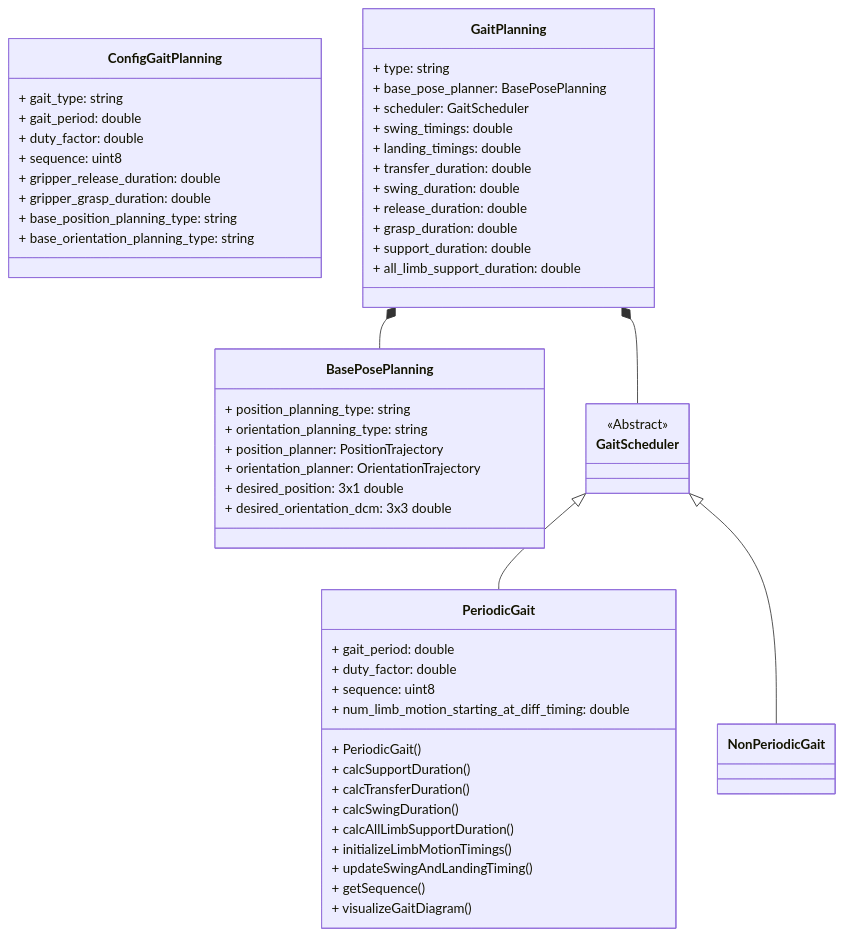
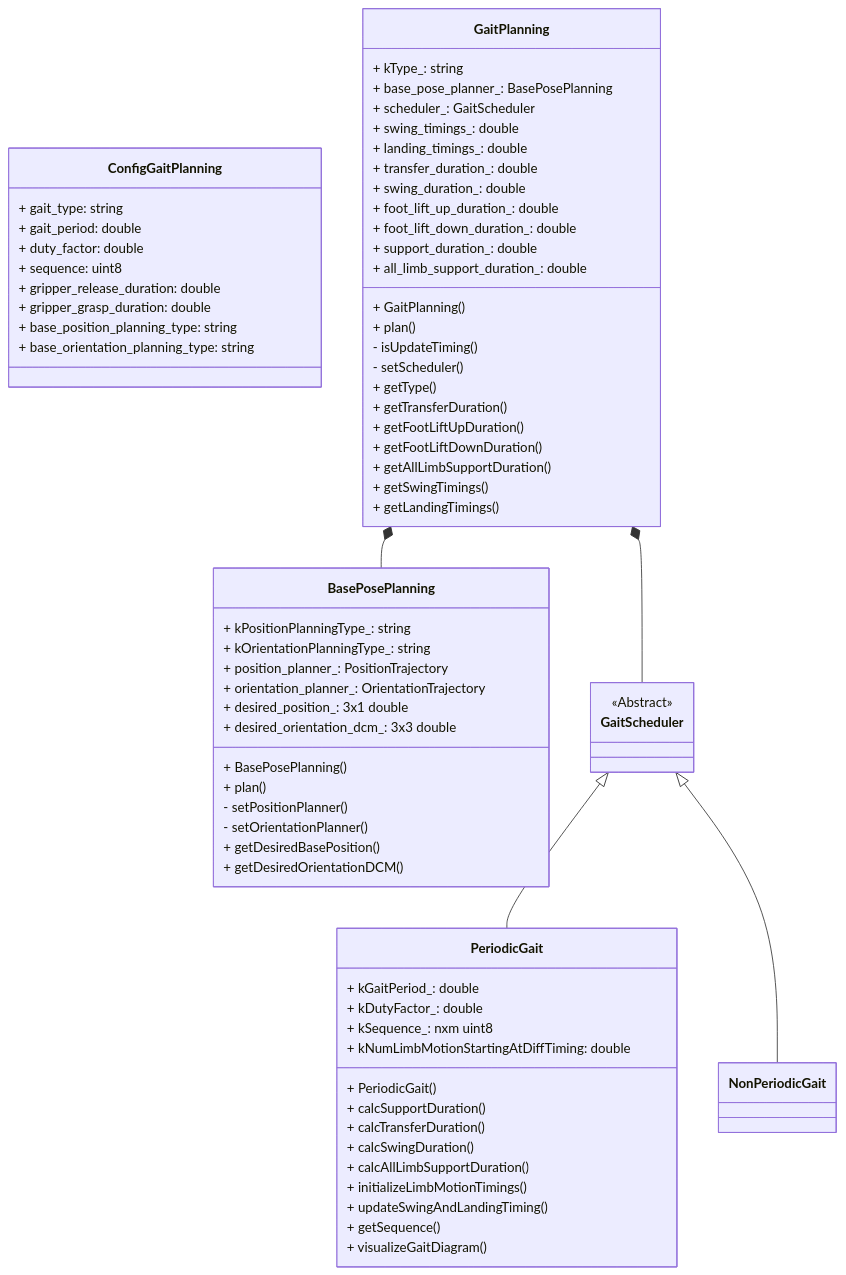
One commit to Space-Robotics-Laboratory/ClimbLab changed the diagram in src/planning_and_control/high_level_controller/gait_planning/gait_planning_class_design.md. Above: the diagram before and after it, drawn with Mermaid. The commit also changed 10 other files, not shown here.

Commit message:
Update gait planning class

```diff
--- a/src/planning_and_control/high_level_controller/gait_planning/gait_planning_class_design.md
+++ b/src/planning_and_control/high_level_controller/gait_planning/gait_planning_class_design.md
@@ -15,28 +15,47 @@
   }
 
   class GaitPlanning {
-    + type: string
-    + base_pose_planner: BasePosePlanning
-    + scheduler: GaitScheduler
-    + swing_timings: double
-    + landing_timings: double
-    + transfer_duration: double
-    + swing_duration: double
-    + release_duration: double
-    + grasp_duration: double
-    + support_duration: double
-    + all_limb_support_duration: double
+    + kType_: string
+    + base_pose_planner_: BasePosePlanning
+    + scheduler_: GaitScheduler
+    + swing_timings_: double
+    + landing_timings_: double
+    + transfer_duration_: double
+    + swing_duration_: double
+    + foot_lift_up_duration_: double
+    + foot_lift_down_duration_: double
+    + support_duration_: double
+    + all_limb_support_duration_: double
+
+    + GaitPlanning()
+    + plan()
+    - isUpdateTiming()
+    - setScheduler()
+    + getType()
+    + getTransferDuration()
+    + getFootLiftUpDuration()
+    + getFootLiftDownDuration()
+    + getAllLimbSupportDuration()
+    + getSwingTimings()
+    + getLandingTimings()
   }
   GaitPlanning *-- BasePosePlanning
   GaitPlanning *-- GaitScheduler
 
   class BasePosePlanning {
-    + position_planning_type: string
-    + orientation_planning_type: string
-    + position_planner: PositionTrajectory
-    + orientation_planner: OrientationTrajectory
-    + desired_position: 3x1 double
-    + desired_orientation_dcm: 3x3 double
+    + kPositionPlanningType_: string
+    + kOrientationPlanningType_: string
+    + position_planner_: PositionTrajectory
+    + orientation_planner_: OrientationTrajectory
+    + desired_position_: 3x1 double
+    + desired_orientation_dcm_: 3x3 double
+
+    + BasePosePlanning()
+    + plan()
+    - setPositionPlanner()
+    - setOrientationPlanner()
+    + getDesiredBasePosition()
+    + getDesiredOrientationDCM()
   }
 
   class GaitScheduler {
@@ -46,10 +65,10 @@
   GaitScheduler <|-- NonPeriodicGait
 
   class PeriodicGait {
-    + gait_period: double
-    + duty_factor: double
-    + sequence: uint8
-    + num_limb_motion_starting_at_diff_timing: double
+    + kGaitPeriod_: double
+    + kDutyFactor_: double
+    + kSequence_: nxm uint8
+    + kNumLimbMotionStartingAtDiffTiming: double
 
     + PeriodicGait()
     + calcSupportDuration()
```
